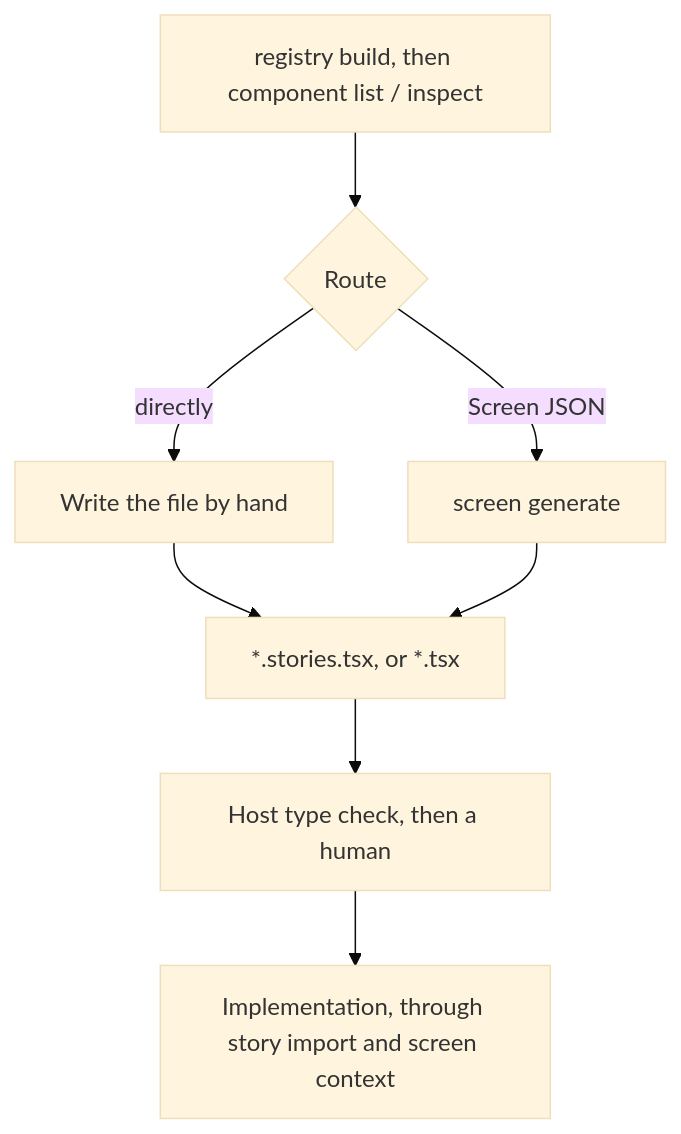
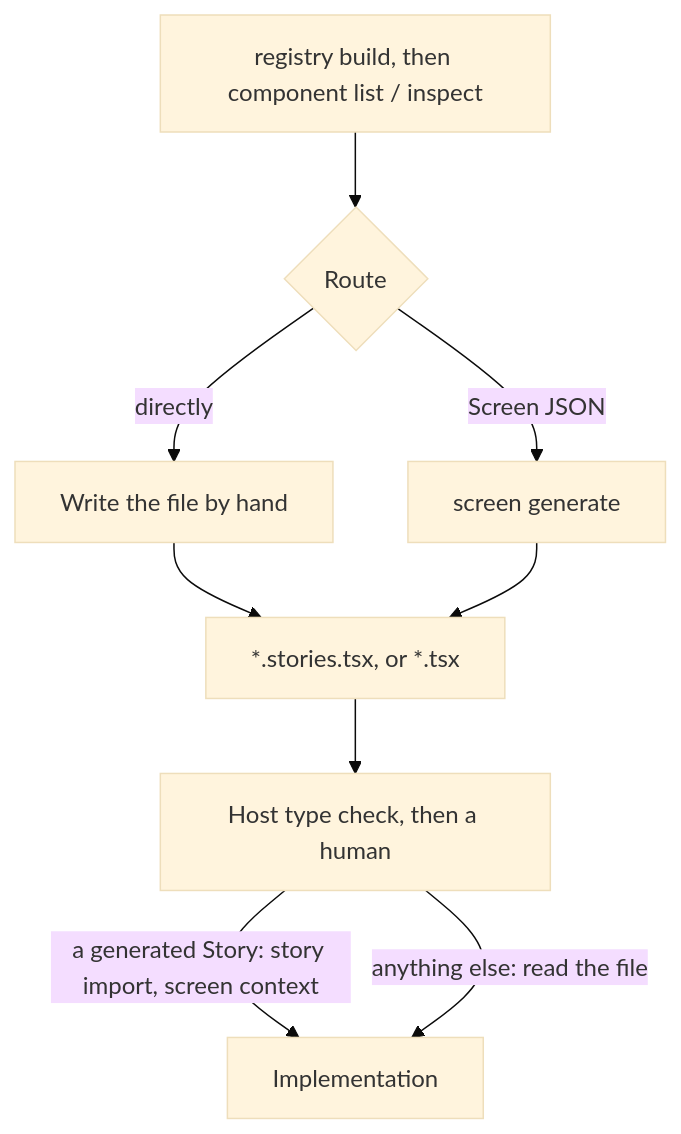
The first of 4 diagrams in docs/workflows.md (yosegi-dev/yosegi), drawn with Mermaid (base theme) before and after one commit. The commit also changed 4 other files, not shown here.

````diff
--- a/docs/workflows.md
+++ b/docs/workflows.md
@@ -8,10 +8,11 @@
 ```mermaid
 flowchart TD
   reg["registry build, then component list / inspect"] --> route{"Route"}
   route -->|"directly"| hand["Write the file by hand"]
   route -->|"Screen JSON"| gen["screen generate"]
   hand --> file["*.stories.tsx, or *.tsx"]
   gen --> file
   file --> check["Host type check, then a human"]
-  check --> page["Implementation, through story import and screen context"]
+  check -->|"a generated Story: story import, screen context"| page["Implementation"]
+  check -->|"anything else: read the file"| page
 ```
````
